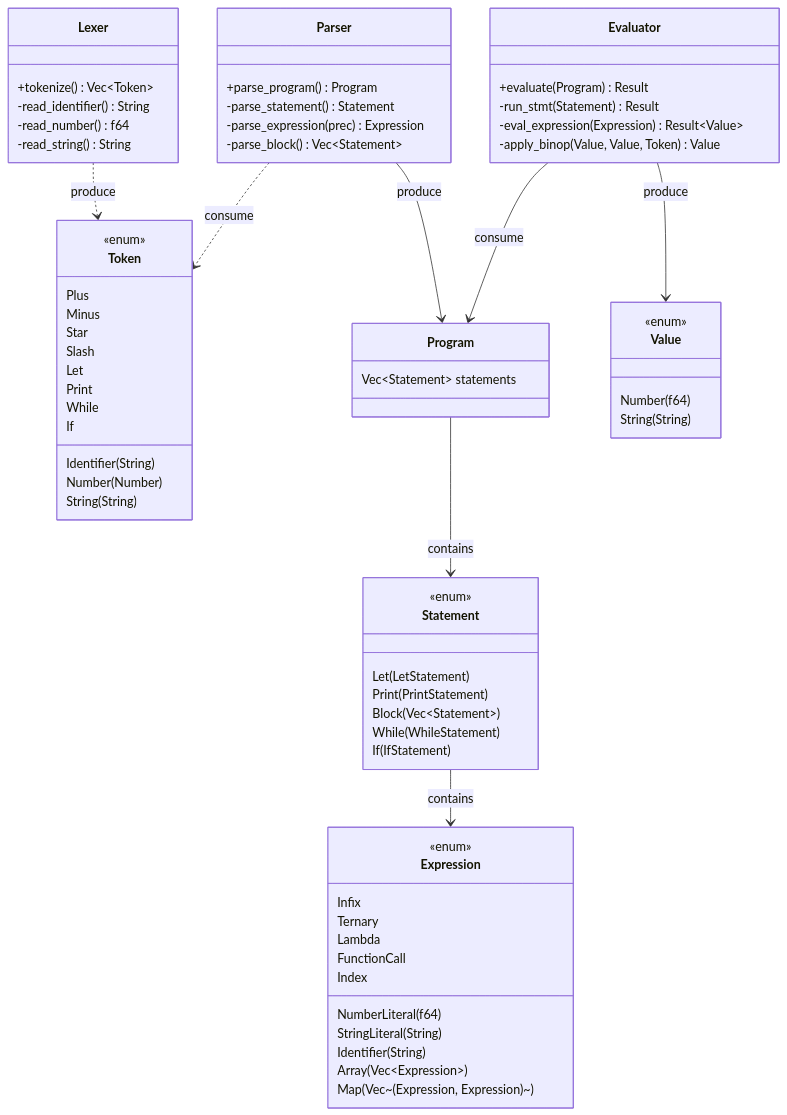
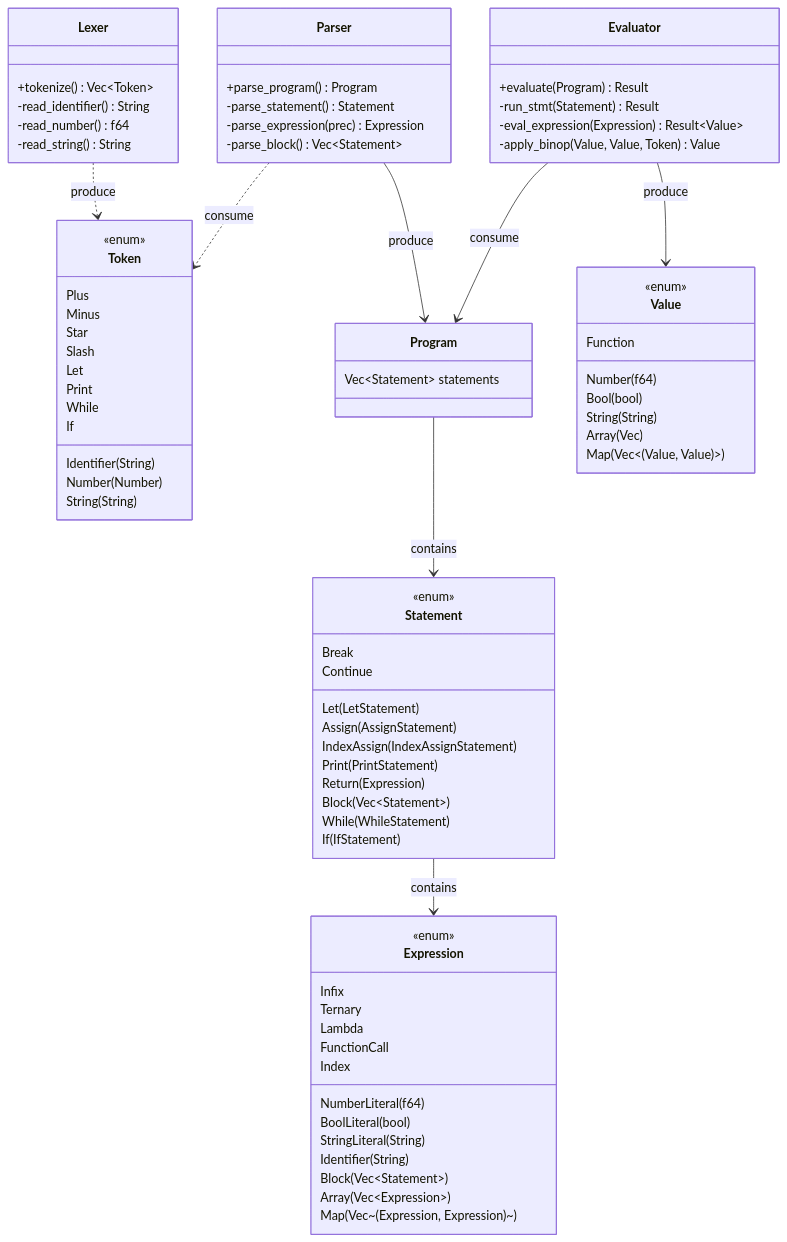
One commit to aratan/hacklang changed the second of 2 diagrams in README.md. Above: the diagram before and after it, drawn with Mermaid. The commit also changed other lines of this file and 7 other files, not shown here.

```diff
--- a/README.md
+++ b/README.md
@@ -50,7 +50,12 @@
     class Statement {
         <<enum>>
         Let(LetStatement)
+        Assign(AssignStatement)
+        IndexAssign(IndexAssignStatement)
         Print(PrintStatement)
+        Return(Expression)
+        Break
+        Continue
         Block(Vec~Statement~)
         While(WhileStatement)
         If(IfStatement)
@@ -58,11 +63,13 @@
     class Expression {
         <<enum>>
         NumberLiteral(f64)
+        BoolLiteral(bool)
         StringLiteral(String)
         Identifier(String)
         Infix
         Ternary
         Lambda
+        Block(Vec~Statement~)
         FunctionCall
         Array(Vec~Expression~)
         Map(Vec~(Expression, Expression)~)
@@ -77,7 +84,11 @@
     class Value {
         <<enum>>
         Number(f64)
+        Bool(bool)
         String(String)
+        Array(Vec<Value>)
+        Map(Vec<(Value, Value)>)
+        Function
     }
 
     Lexer ..> Token : produce
```
